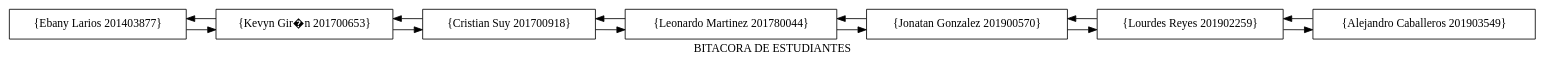
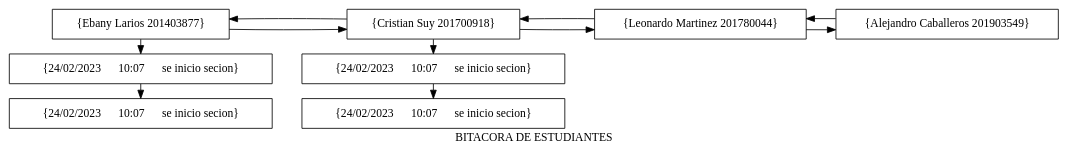
Before and after one commit to Nahomi-Aparicio/EDD_1S2023_PY_202113293_F1: the diagram in EDD_Proyecto1_Fase1/lista.dot, drawn with Graphviz. The commit also changed 7 other files, not shown here.

```diff
--- a/EDD_Proyecto1_Fase1/lista.dot
+++ b/EDD_Proyecto1_Fase1/lista.dot
@@ -1,24 +1,27 @@
 digraph G {
 rankdir=LR;
 node [shape=box];
 label = "BITACORA DE ESTUDIANTES";
 201403877[label="{Ebany Larios 201403877}"];
-201403877 -> 201700653;
-201700653 -> 201403877;
-201700653[label="{Kevyn Gir�n 201700653}"];
-201700653 -> 201700918;
-201700918 -> 201700653;
-201700918[label="{Cristian Suy 201700918}"];
+201403877 -> 201700918;
+201700918 -> 201403877;
+{ rank=same 
+ 201403878[label="{24/02/2023      10:07      se inicio secion}"];
+201403877 -> 201403878;
+}{ rank=same 
+ 201403879[label="{24/02/2023      10:07      se inicio secion}"];
+201403878 -> 201403879;
+}201700918[label="{Cristian Suy 201700918}"];
 201700918 -> 201780044;
 201780044 -> 201700918;
-201780044[label="{Leonardo Martinez 201780044}"];
-201780044 -> 201900570;
-201900570 -> 201780044;
-201900570[label="{Jonatan Gonzalez 201900570}"];
-201900570 -> 201902259;
-201902259 -> 201900570;
-201902259[label="{Lourdes Reyes 201902259}"];
-201902259 -> 201903549;
-201903549 -> 201902259;
+{ rank=same 
+ 201700919[label="{24/02/2023      10:07      se inicio secion}"];
+201700918 -> 201700919;
+}{ rank=same 
+ 201700920[label="{24/02/2023      10:07      se inicio secion}"];
+201700919 -> 201700920;
+}201780044[label="{Leonardo Martinez 201780044}"];
+201780044 -> 201903549;
+201903549 -> 201780044;
 201903549[label="{Alejandro Caballeros 201903549}"];
 }
```
